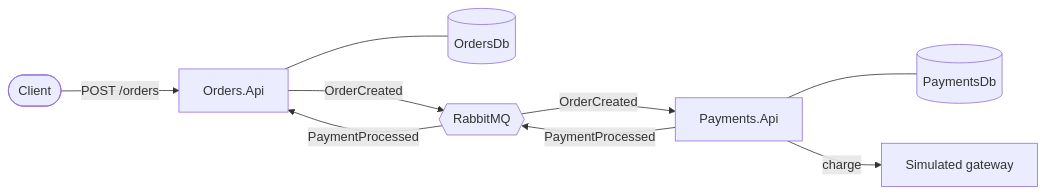
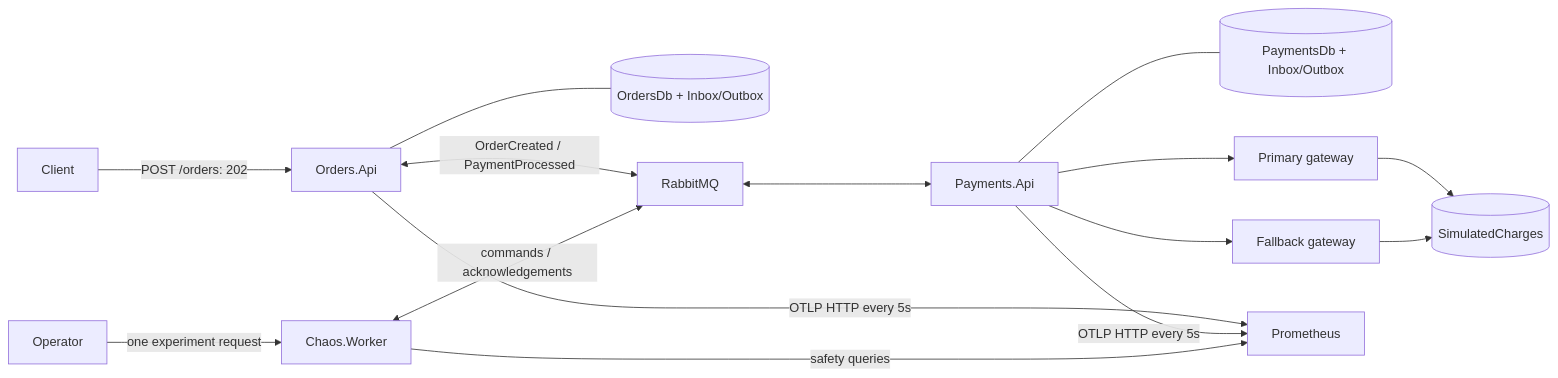
One commit to RobotEby/BrokerDown changed the diagram in README.md. Above: the diagram before and after it, drawn with Mermaid. The commit also changed other lines of this file and 1 other file, not shown here.

Commit message:
docs: updates the README documentation with improvements to the description of the architecture and execution

````diff
--- a/README.md
+++ b/README.md
@@ -13,11 +7,15 @@
 ```mermaid
 flowchart LR
-    Client([Client]) -->|POST /orders| Orders[Orders.Api]
-    Orders --- ODB[(OrdersDb)]
-    Orders -->|OrderCreated| MQ{{RabbitMQ}}
-    MQ -->|OrderCreated| Payments[Payments.Api]
-    Payments --- PDB[(PaymentsDb)]
-    Payments -->|charge| GW[Simulated gateway]
-    Payments -->|PaymentProcessed| MQ
-    MQ -->|PaymentProcessed| Orders
+    Client -->|POST /orders: 202| Orders[Orders.Api]
+    Orders --- ODB[(OrdersDb + Inbox/Outbox)]
+    Orders <-->|OrderCreated / PaymentProcessed| MQ[RabbitMQ]
+    MQ <--> Payments[Payments.Api]
+    Payments --- PDB[(PaymentsDb + Inbox/Outbox)]
+    Payments --> Primary[Primary gateway]
+    Payments --> Fallback[Fallback gateway]
+    Primary & Fallback --> Ledger[(SimulatedCharges)]
+    Orders & Payments -->|OTLP HTTP every 5s| Prom[Prometheus]
+    Worker[Chaos.Worker] -->|safety queries| Prom
+    Worker <-->|commands / acknowledgements| MQ
+    Operator -->|one experiment request| Worker
 ```
````
